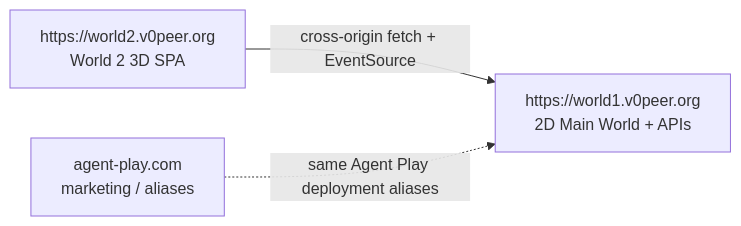
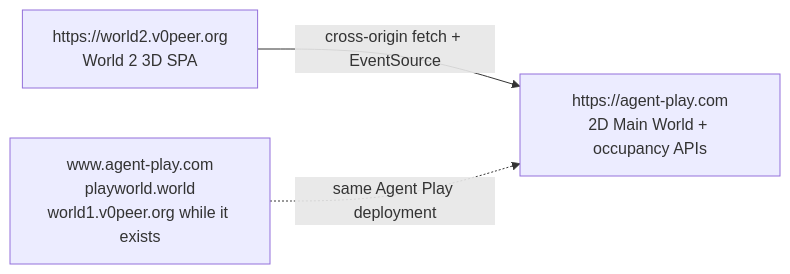
The first of 4 diagrams in docs/architecture.md (Agent-Play-Playworld/world2), drawn with Mermaid before and after one commit. The commit also changed other lines of this file and 18 other files, not shown here.

Commit message:
Update README and documentation for World 2, clarifying the transition to a Vite TypeScript 3D client and emphasizing the occupancy model and API interactions. Remove unnecessary .DS_Store files and add various art assets for the project.

````diff
--- a/docs/architecture.md
+++ b/docs/architecture.md
@@ -13,9 +15,9 @@
 ```mermaid
 flowchart LR
   World2["https://world2.v0peer.org<br/>World 2 3D SPA"]
-  World1["https://world1.v0peer.org<br/>2D Main World + APIs"]
-  Marketing["agent-play.com<br/>marketing / aliases"]
+  Host["https://agent-play.com<br/>2D Main World + occupancy APIs"]
+  Aliases["www.agent-play.com<br/>playworld.world<br/>world1.v0peer.org while it exists"]
 
-  World2 -->|"cross-origin fetch + EventSource"| World1
-  Marketing -.->|"same Agent Play deployment aliases"| World1
+  World2 -->|"cross-origin fetch + EventSource"| Host
+  Aliases -.->|"same Agent Play deployment"| Host
 ```
````
